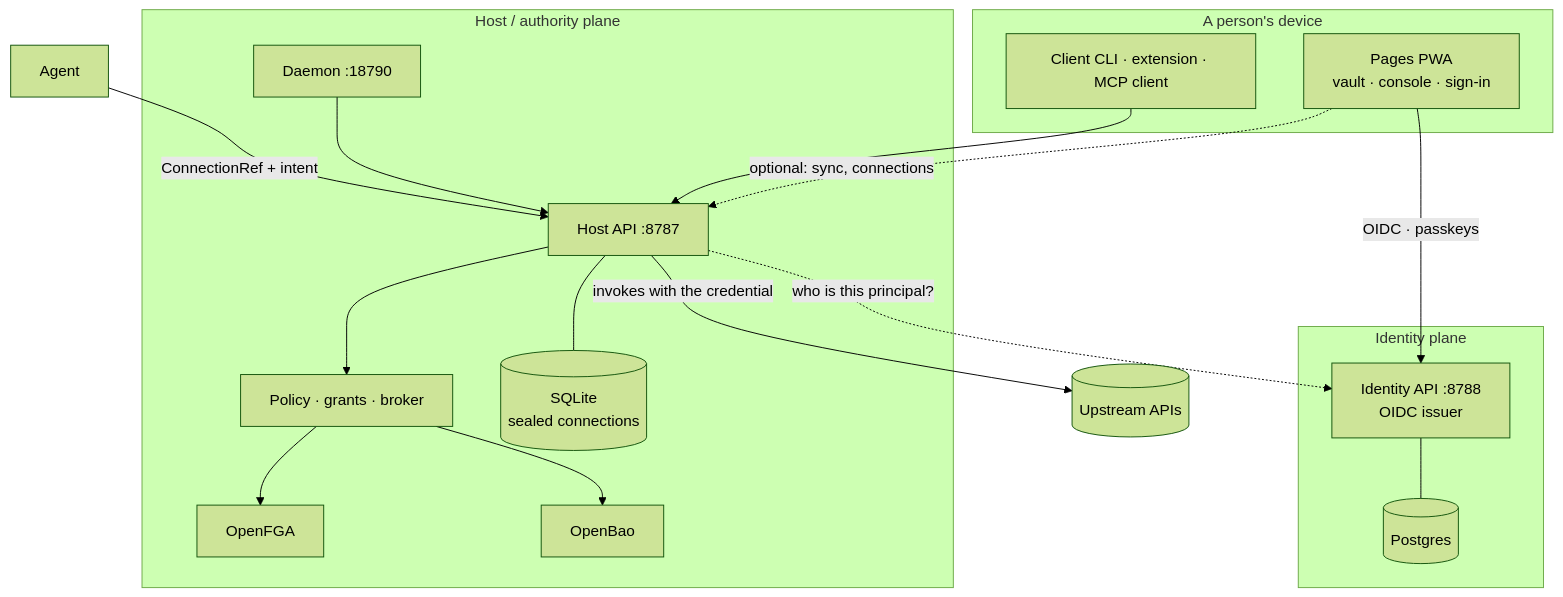
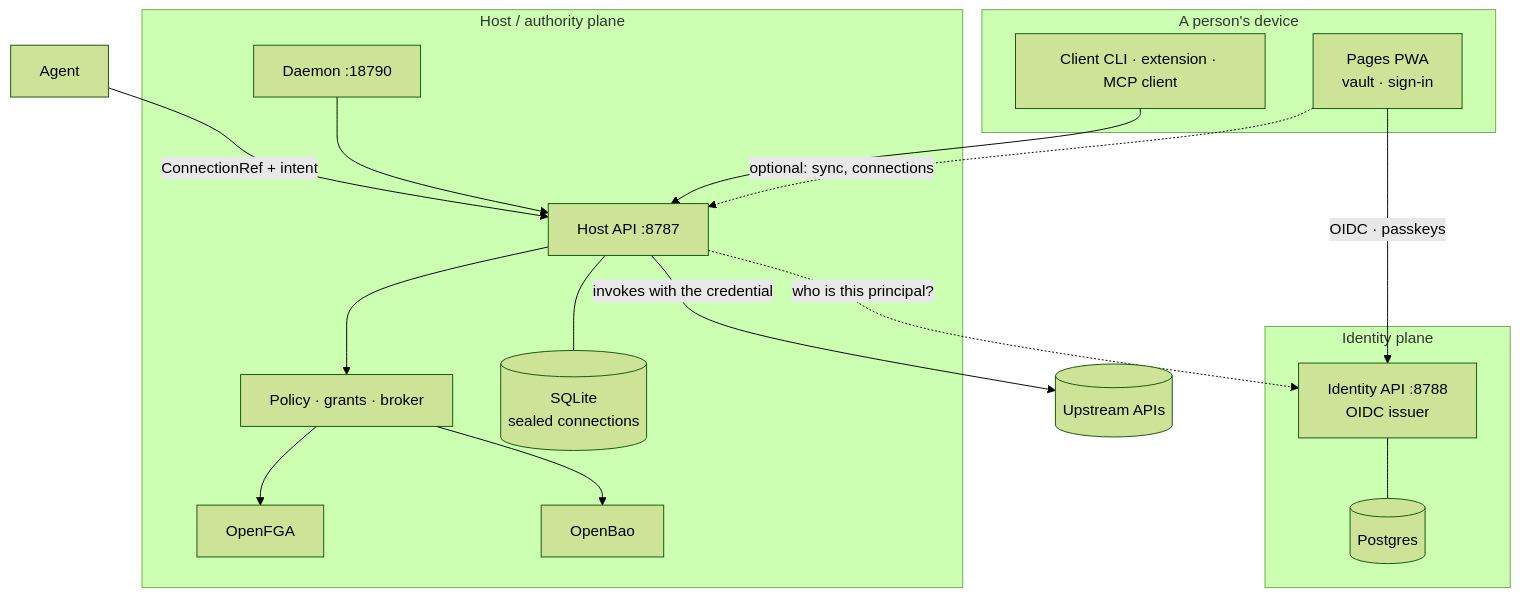
Before and after one commit to Tyler-R-Kendrick/OpenSesame: the diagram in docs/architecture/README.md, drawn with Mermaid (forest theme). The commit also changed other lines of this file and 311 other files, not shown here.

````diff
--- a/docs/architecture/README.md
+++ b/docs/architecture/README.md
@@ -9,33 +9,33 @@
 ```mermaid
 flowchart TB
   subgraph Device["A person's device"]
-    PAGES["Pages PWA<br/>vault · console · sign-in"]
+    PAGES["Pages PWA<br/>vault · sign-in"]
     CLIENTS["Client CLI · extension · MCP client"]
   end
   subgraph IdentityPlane["Identity plane"]
     IDAPI["Identity API :8788<br/>OIDC issuer"]
     IDDB[("Postgres")]
   end
   subgraph HostPlane["Host / authority plane"]
     HOST["Host API :8787"]
     PEP["Policy · grants · broker"]
     STORE[("SQLite<br/>sealed connections")]
     DAEMON["Daemon :18790"]
     FGA["OpenFGA"]
     BAO["OpenBao"]
   end
   AGENT["Agent"]
   UP[("Upstream APIs")]
 
   PAGES -- "OIDC · passkeys" --> IDAPI
   PAGES -. "optional: sync, connections" .-> HOST
   CLIENTS --> HOST
   IDAPI --- IDDB
   HOST --> PEP --> FGA
   HOST --- STORE
   PEP --> BAO
   DAEMON --> HOST
   AGENT -- "ConnectionRef + intent" --> HOST
   HOST -- "invokes with the credential" --> UP
   HOST -. "who is this principal?" .-> IDAPI
 ```
````
